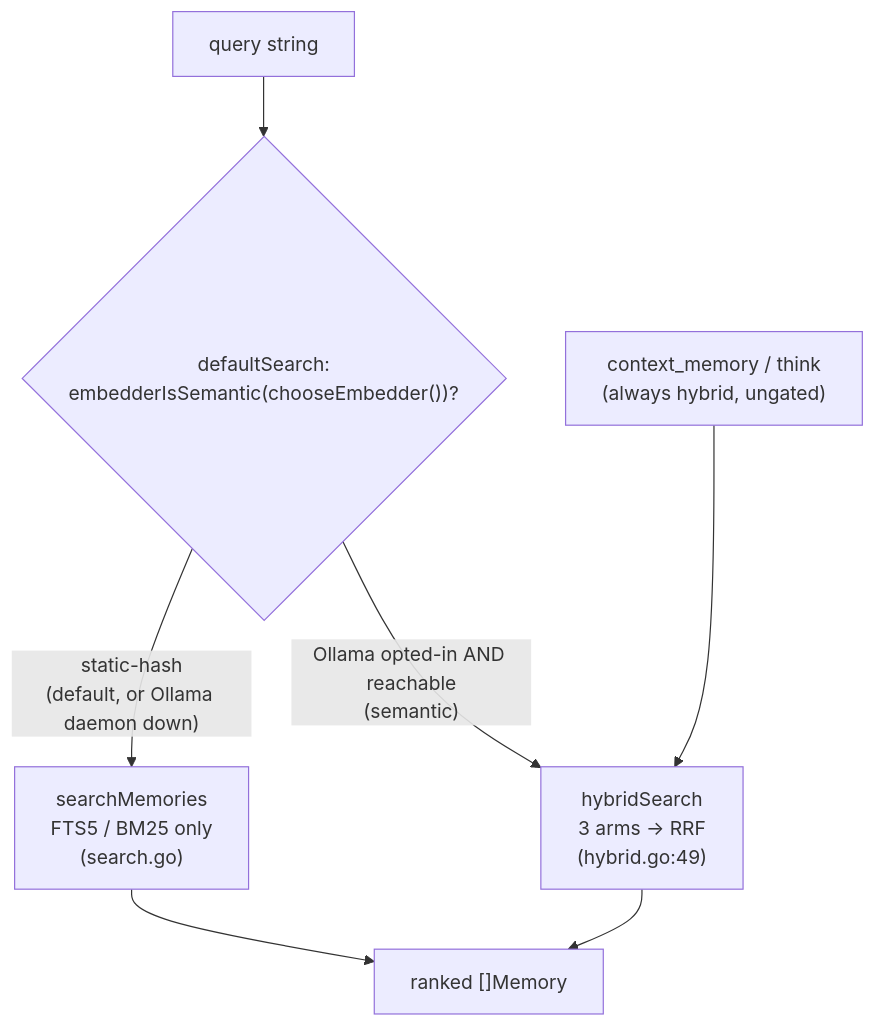
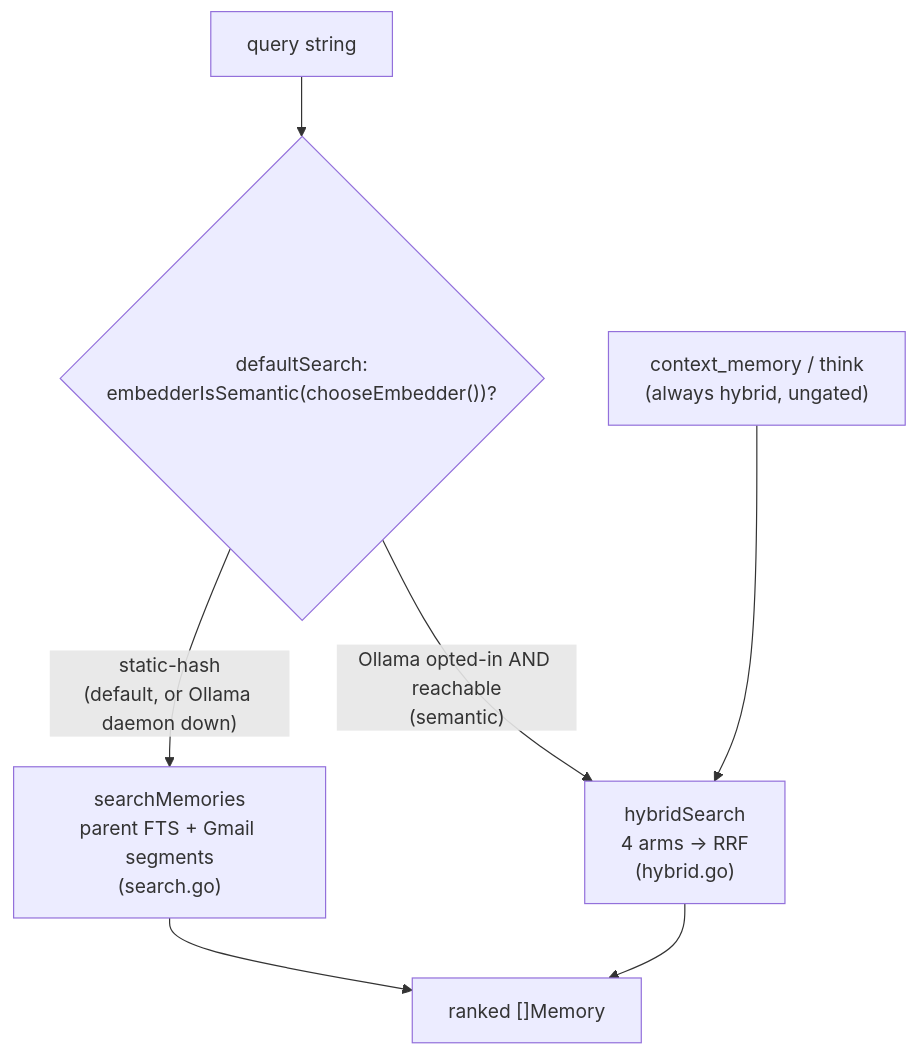
Before and after one commit to pyranthus-hq/mora: the first of 3 diagrams in docs/architecture/02-retrieval-search.md, drawn with Mermaid. The commit also changed other lines of this file and 4 other files, not shown here.

````diff
--- a/docs/architecture/02-retrieval-search.md
+++ b/docs/architecture/02-retrieval-search.md
@@ -46,9 +47,9 @@
 ```mermaid
 flowchart TD
     Q["query string"] --> R{"defaultSearch:<br/>embedderIsSemantic(chooseEmbedder())?"}
-    R -->|"static-hash<br/>(default, or Ollama daemon down)"| F["searchMemories<br/>FTS5 / BM25 only<br/>(search.go)"]
-    R -->|"Ollama opted-in AND reachable<br/>(semantic)"| H["hybridSearch<br/>3 arms → RRF<br/>(hybrid.go:49)"]
+    R -->|"static-hash<br/>(default, or Ollama daemon down)"| F["searchMemories<br/>parent FTS + Gmail segments<br/>(search.go)"]
+    R -->|"Ollama opted-in AND reachable<br/>(semantic)"| H["hybridSearch<br/>4 arms → RRF<br/>(hybrid.go)"]
     F --> OUT["ranked []Memory"]
     H --> OUT
     CTX["context_memory / think<br/>(always hybrid, ungated)"] --> H
 ```
````
